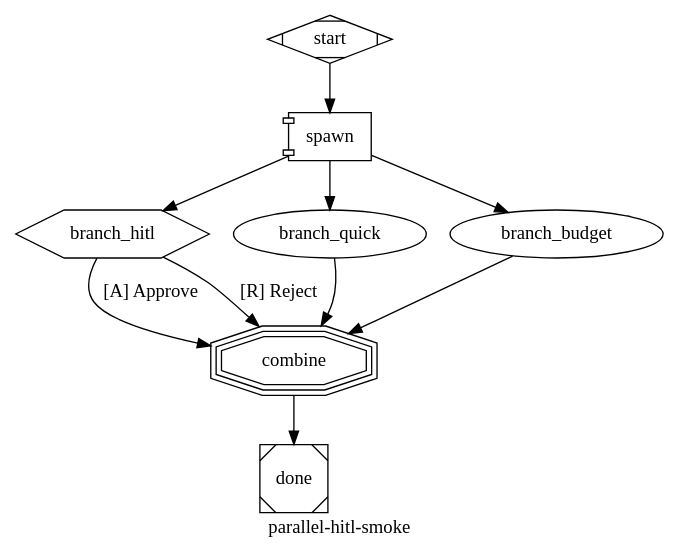
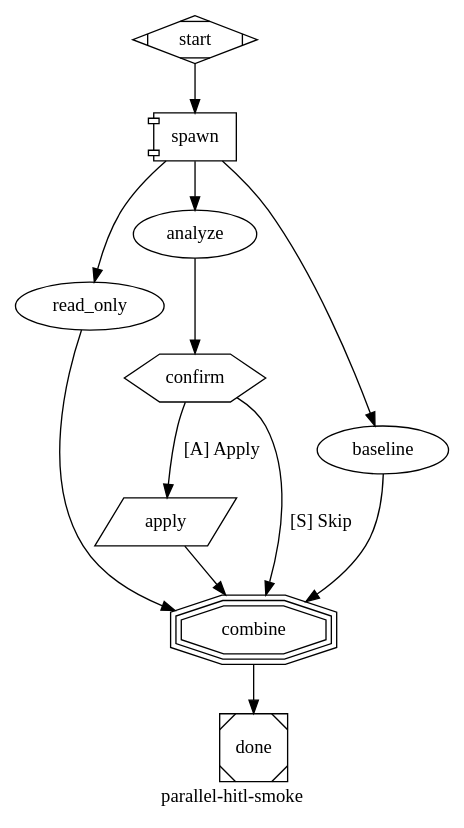
The diagram in .swarm/workflows/parallel-hitl-smoke.dot (purrgrammer/fragua), drawn with Graphviz before and after one commit. The commit also changed 1 other file, not shown here.

Commit message:
[parallel-ui] smoke workflow rewritten — multi-node branch with HITL + tool
A standalone wait.human hexagon as a fan-out branch was semantically
empty: no prior work to react to, no real choice (both edges to the
same fan_in). Reshaped to a multi-node branch:
  analyze (codergen) → confirm (hexagon HITL) → apply (parallelogram tool)
sitting alongside two simple codergen branches. Exercises:
  - Multi-node subgraph branches in the executor
  - HITL inside a branch with prior context (analyze's output)
  - Tool node inside a sub-run
  - "Apply" → tool runs and joins; "Skip" → branch short-circuits
    directly to fan_in (both edges declared on the hexagon)

Two integration test cases cover both HITL answers. Both green.

```diff
--- a/.swarm/workflows/parallel-hitl-smoke.dot
+++ b/.swarm/workflows/parallel-hitl-smoke.dot
@@ -1,68 +1,87 @@
-// parallel-hitl-smoke.dot — UX smoke for the parallel sub-runs + HITL combination.
+// parallel-hitl-smoke.dot — UX smoke for parallel fan-out where one
+// branch is a multi-node subgraph: codergen → wait.human → tool.
+// HITL inside the branch makes sense here because there's prior
+// computational work (analyze) for the operator to react to, and the
+// answer routes between apply / skip — a real choice with downstream
+// consequences inside the branch.
 //
-// 3 branches, mixed concerns:
-//   - branch_hitl     hexagon  → wait.human gate (paused_hitl)
-//   - branch_quick    codergen → runs to completion (no operator action)
-//   - branch_budget   codergen → paused on budget (operator must raise & resume)
+// Three branches:
+//   - read_only — simple codergen, runs to completion
+//   - analyze → confirm → apply — multi-node subgraph branch:
+//       analyze (codergen) inspects the diff
+//       confirm (wait.human) asks the operator to apply or skip
+//       apply (parallelogram tool) runs a shell command on approval
+//   - baseline — simple codergen, runs to completion
 //
-// Drives every operator-visible state in the sub-run lifecycle inside a
-// single deterministic workflow. Pair with the integration test at
-// packages/daemon/test/parallel-hitl-smoke.integration.test.ts and the
-// manual UI walkthrough in docs/proposals/parallel.md.
+// Exercises sub-run subgraphs (multi-node branches), HITL inside a
+// branch with prior context, and a tool step inside a sub-run.
 //
 //   bun run swarm run parallel-hitl-smoke
 
 digraph parallel_hitl_smoke {
   graph [
-    goal             = "Smoke test for parallel sub-runs UX: one branch HITL, one normal, one budget-paused."
+    goal             = "Smoke: parallel fan-out with one multi-node branch (codergen → HITL → tool)."
     label            = "parallel-hitl-smoke"
     default_fidelity = "compact"
     model_stylesheet = "* { llm_provider: anthropic; llm_model: claude-haiku-4-5-20251001; }"
   ]
 
   start [shape=Mdiamond]
 
   spawn [shape=component, join_policy="wait_all"]
 
-  // Branch 1 — HITL. Hexagon node yields paused_hitl on first dispatch.
-  // Outgoing edges define the operator's options.
-  branch_hitl [
-    shape  = hexagon
-    prompt = "Approve the smoke run?"
-  ]
-
-  // Branch 2 — codergen that runs to completion. Cheap (one turn).
-  branch_quick [
-    prompt        = "Reply with the single word: DONE. Then stop."
+  // ── Branch 1: simple read-only summary ──────────────────────
+  read_only [
+    prompt        = "Reply with one short line: READ_ONLY_DONE."
     allowed_tools = ""
   ]
 
-  // Branch 3 — codergen with a tight max_cost_usd cap so it pauses on
-  // budget after one or two LLM turns. Operator raises the cap to let
-  // it finish.
-  branch_budget [
-    prompt         = "Count from 1 to 100, one number per line. Continue until stopped."
-    allowed_tools  = ""
-    max_cost_usd   = 0.02
+  // ── Branch 2: multi-node subgraph ───────────────────────────
+  // analyze → confirm → apply. The operator's answer at confirm
+  // decides whether apply runs or the branch short-circuits to
+  // fan_in.
+  analyze [
+    prompt        = "Inspect a tiny imaginary diff. Output one line: PLAN <one-word summary>."
+    allowed_tools = ""
+  ]
+
+  confirm [
+    shape  = hexagon
+    prompt = "Apply $analyze.output?"
+  ]
+
+  apply [
+    shape         = parallelogram
+    tool_command  = "echo APPLIED"
+  ]
+
+  // ── Branch 3: simple baseline ───────────────────────────────
+  baseline [
+    prompt        = "Reply with one short line: BASELINE_DONE."
+    allowed_tools = ""
   ]
 
   combine [
     shape  = tripleoctagon
-    prompt = "Summarise: did approval come in? Did the quick branch finish? How far did the budget branch get?"
+    prompt = "Summarise: did each branch finish? Use $read_only.output, $analyze.output, $baseline.output. End RANK_HIGH."
   ]
 
   done [shape=Msquare]
 
   start -> spawn
 
-  spawn -> branch_hitl
-  spawn -> branch_quick
-  spawn -> branch_budget
+  spawn -> read_only
+  spawn -> analyze
+  spawn -> baseline
 
-  branch_hitl   -> combine [label="[A] Approve"]
-  branch_hitl   -> combine [label="[R] Reject"]
-  branch_quick  -> combine
-  branch_budget -> combine
+  read_only -> combine
+
+  analyze -> confirm
+  confirm -> apply   [label="[A] Apply"]
+  confirm -> combine [label="[S] Skip"]
+  apply -> combine
+
+  baseline -> combine
 
   combine -> done
 }
```
